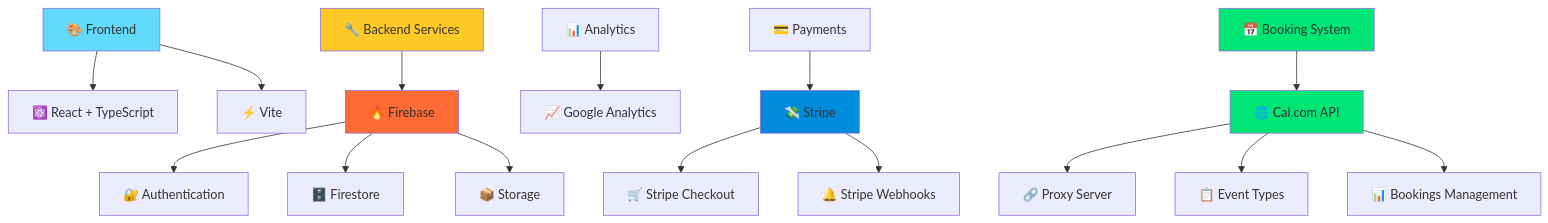
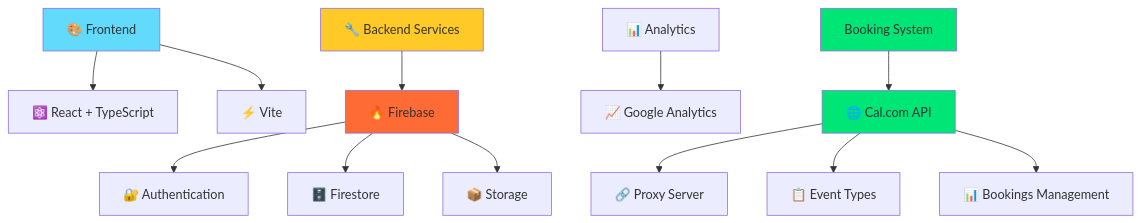
The diagram in README.md (Bgr8Dev/Bgr8), drawn with Mermaid before and after one commit. The commit also changed other lines of this file, not shown here.

````diff
--- a/README.md
+++ b/README.md
@@ -110,24 +108,20 @@
 ```mermaid
 graph TD
     A[🎨 Frontend] --> B[⚛️ React + TypeScript]
     A --> C[⚡ Vite]
     D[🔧 Backend Services] --> E[🔥 Firebase]
     E --> F[🔐 Authentication]
     E --> G[🗄️ Firestore]
     E --> H[📦 Storage]
     I[📊 Analytics] --> J[📈 Google Analytics]
-    K[💳 Payments] --> L[💸 Stripe]
-    L --> M[🛒 Stripe Checkout]
-    L --> N[🔔 Stripe Webhooks]
-    O[📅 Booking System] --> P[🌐 Cal.com API]
-    P --> Q[🔗 Proxy Server]
-    P --> R[📋 Event Types]
-    P --> S[📊 Bookings Management]
+    K[ Booking System] --> L[🌐 Cal.com API]
+    L --> M[🔗 Proxy Server]
+    L --> N[📋 Event Types]
+    L --> O[📊 Bookings Management]
     
     style A fill:#61DAFB
     style D fill:#FFCA28
     style E fill:#FF6B35
-    style L fill:#008CDD
-    style O fill:#00E676
-    style P fill:#00E676
+    style K fill:#00E676
+    style L fill:#00E676
 ```
````
